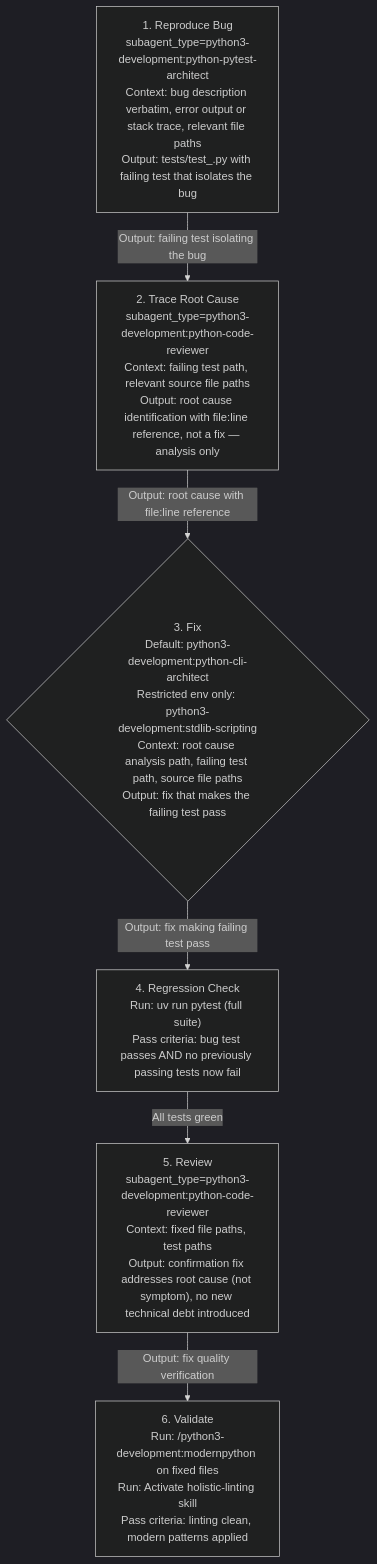
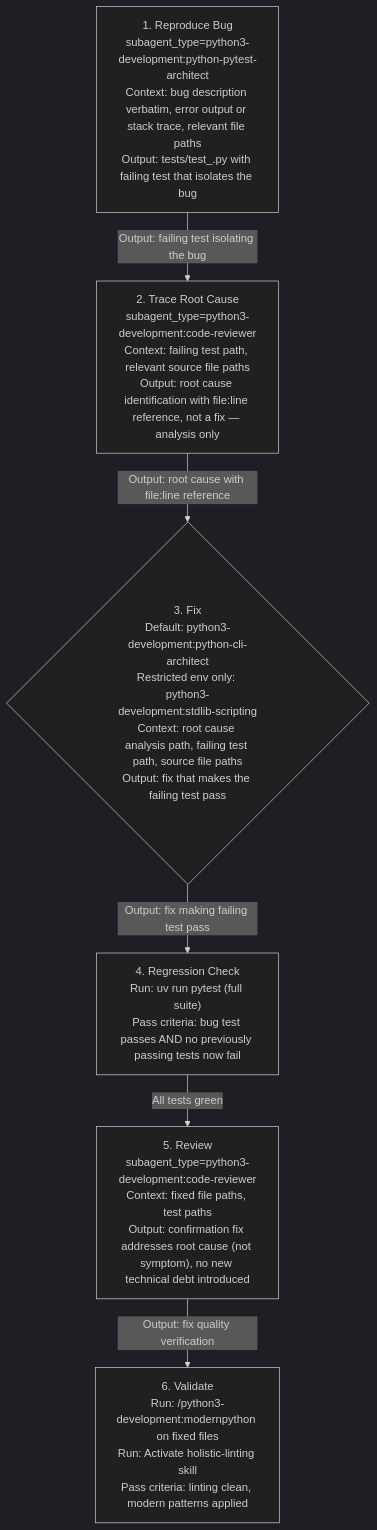
The fifth of 6 diagrams in plugins/python3-development/skills/python3-development/references/python-development-orchestration.md (chgreer1070/claude_skills), drawn with Mermaid (dark theme) before and after one commit. The commit also changed other lines of this file and 93 other files, not shown here.

````diff
--- a/plugins/python3-development/skills/python3-development/references/python-development-orchestration.md
+++ b/plugins/python3-development/skills/python3-development/references/python-development-orchestration.md
@@ -168,14 +168,14 @@
 ```mermaid
 flowchart TD
     S1["1. Reproduce Bug<br>subagent_type=python3-development:python-pytest-architect<br>Context: bug description verbatim, error output or stack trace, relevant file paths<br>Output: tests/test_<module>.py with failing test that isolates the bug"]
-    S2["2. Trace Root Cause<br>subagent_type=python3-development:python-code-reviewer<br>Context: failing test path, relevant source file paths<br>Output: root cause identification with file:line reference, not a fix — analysis only"]
+    S2["2. Trace Root Cause<br>subagent_type=python3-development:code-reviewer<br>Context: failing test path, relevant source file paths<br>Output: root cause identification with file:line reference, not a fix — analysis only"]
     S3{"3. Fix<br>Default: python3-development:python-cli-architect<br>Restricted env only: python3-development:stdlib-scripting<br>Context: root cause analysis path, failing test path, source file paths<br>Output: fix that makes the failing test pass"}
     S4["4. Regression Check<br>Run: uv run pytest (full suite)<br>Pass criteria: bug test passes AND no previously passing tests now fail"]
-    S5["5. Review<br>subagent_type=python3-development:python-code-reviewer<br>Context: fixed file paths, test paths<br>Output: confirmation fix addresses root cause (not symptom), no new technical debt introduced"]
+    S5["5. Review<br>subagent_type=python3-development:code-reviewer<br>Context: fixed file paths, test paths<br>Output: confirmation fix addresses root cause (not symptom), no new technical debt introduced"]
     S6["6. Validate<br>Run: /python3-development:modernpython on fixed files<br>Run: Activate holistic-linting skill<br>Pass criteria: linting clean, modern patterns applied"]
     S1 -->|"Output: failing test isolating the bug"| S2
     S2 -->|"Output: root cause with file:line reference"| S3
     S3 -->|"Output: fix making failing test pass"| S4
     S4 -->|"All tests green"| S5
     S5 -->|"Output: fix quality verification"| S6
 ```
````
